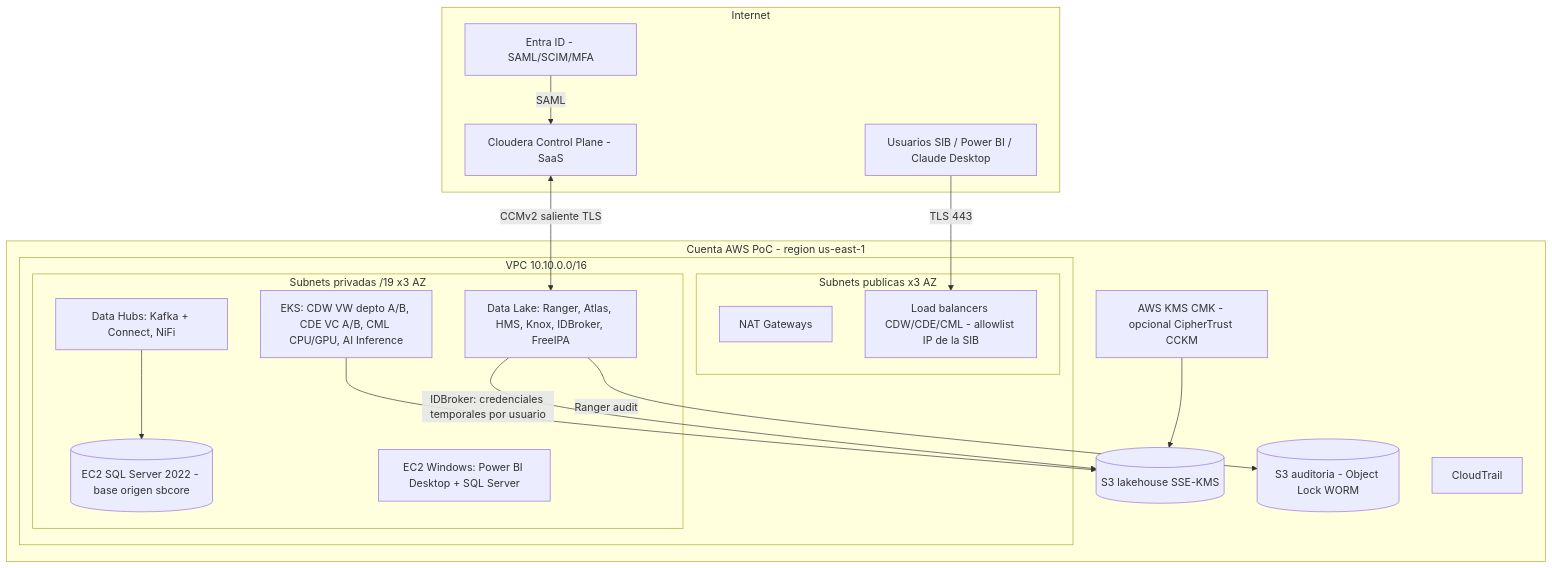
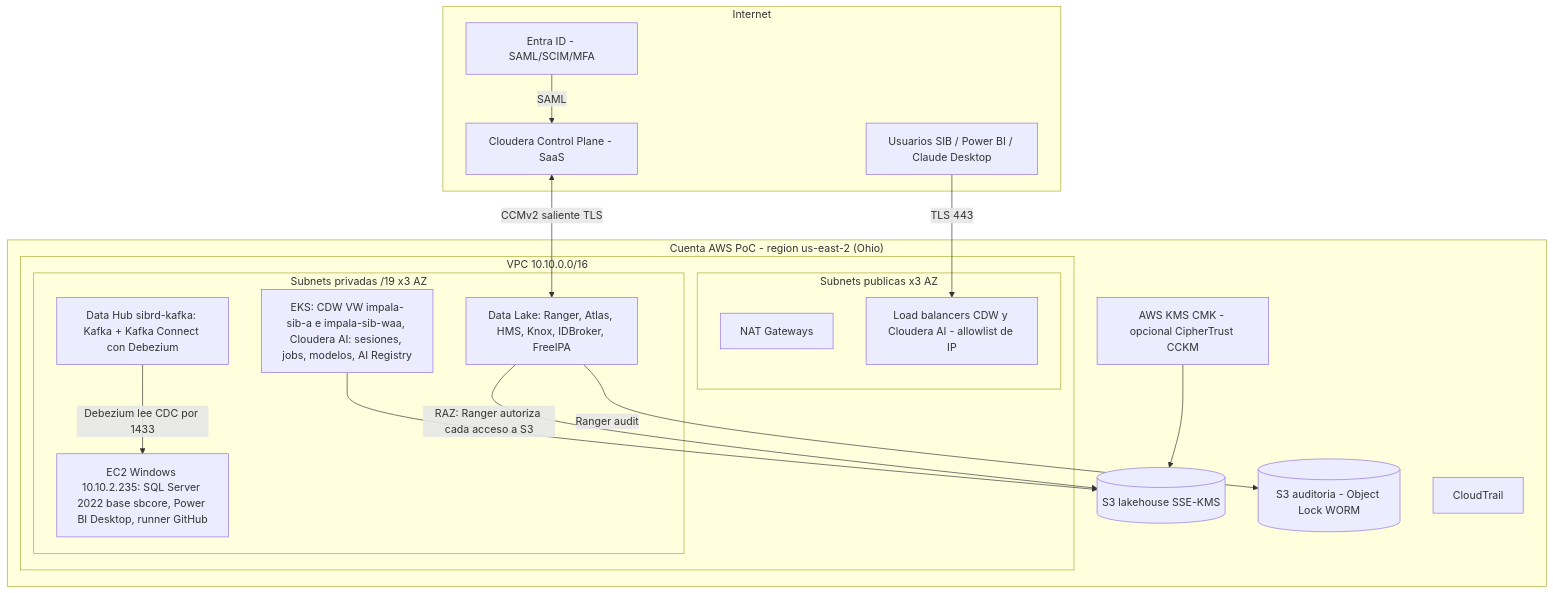
One commit to adrianmc/sib-poc changed the diagram in fase3/c07/c07_ae06_diagrama_red_seguridad.md. Above: the diagram before and after it, drawn with Mermaid. The commit also changed 3 other files, not shown here.

````diff
--- a/fase3/c07/c07_ae06_diagrama_red_seguridad.md
+++ b/fase3/c07/c07_ae06_diagrama_red_seguridad.md
@@ -3,35 +3,34 @@
 ```mermaid
 flowchart TB
   subgraph Internet
     SBU[Usuarios SIB / Power BI / Claude Desktop]
     CP[Cloudera Control Plane - SaaS]
     ENTRA[Entra ID - SAML/SCIM/MFA]
   end
-  subgraph AWS["Cuenta AWS PoC - region us-east-1"]
+  subgraph AWS["Cuenta AWS PoC - region us-east-2 (Ohio)"]
     subgraph VPC["VPC 10.10.0.0/16"]
       subgraph PUB["Subnets publicas x3 AZ"]
         NAT[NAT Gateways]
-        LB[Load balancers CDW/CDE/CML - allowlist IP de la SIB]
+        LB[Load balancers CDW y Cloudera AI - allowlist de IP]
       end
       subgraph PRIV["Subnets privadas /19 x3 AZ"]
         DL[Data Lake: Ranger, Atlas, HMS, Knox, IDBroker, FreeIPA]
-        DH[Data Hubs: Kafka + Connect, NiFi]
-        EKS[EKS: CDW VW depto A/B, CDE VC A/B, CML CPU/GPU, AI Inference]
-        RDS[(EC2 SQL Server 2022 - base origen sbcore)]
-        GW[EC2 Windows: Power BI Desktop + SQL Server]
+        DH[Data Hub sibrd-kafka: Kafka + Kafka Connect con Debezium]
+        EKS[EKS: CDW VW impala-sib-a e impala-sib-waa, Cloudera AI: sesiones, jobs, modelos, AI Registry]
+        GW[EC2 Windows 10.10.2.235: SQL Server 2022 base sbcore, Power BI Desktop, runner GitHub]
       end
     end
     S3[(S3 lakehouse SSE-KMS)]
     AUD[(S3 auditoria - Object Lock WORM)]
     KMS[AWS KMS CMK - opcional CipherTrust CCKM]
     CT[CloudTrail]
   end
   SBU -->|TLS 443| LB
   ENTRA -->|SAML| CP
   CP <-->|CCMv2 saliente TLS| DL
   EKS --> S3
-  DL -->|IDBroker: credenciales temporales por usuario| S3
+  DL -->|RAZ: Ranger autoriza cada acceso a S3| S3
   DL -->|Ranger audit| AUD
   KMS --> S3
-  DH --> RDS
+  DH -->|Debezium lee CDC por 1433| GW
 ```
````
